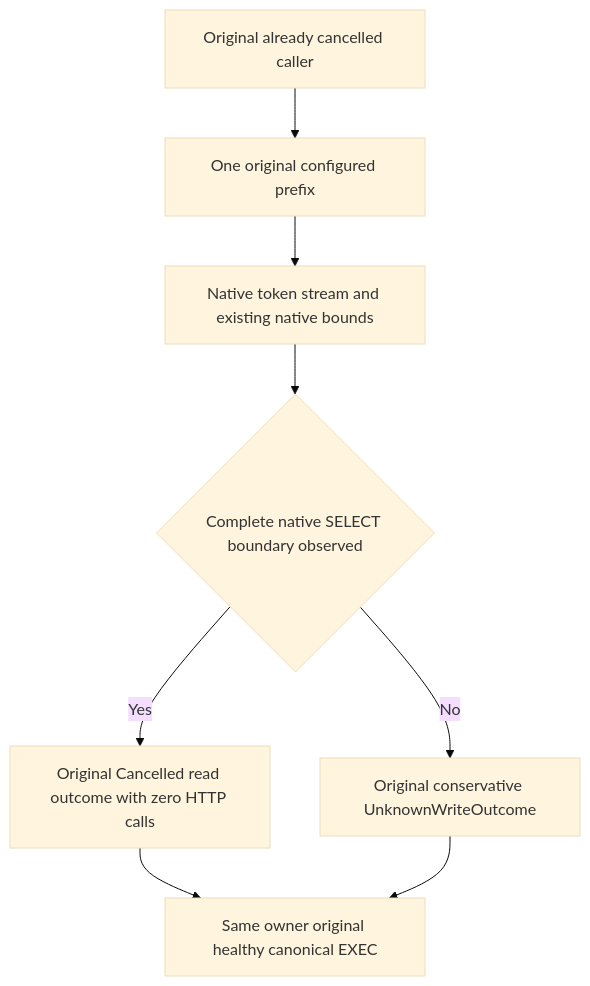
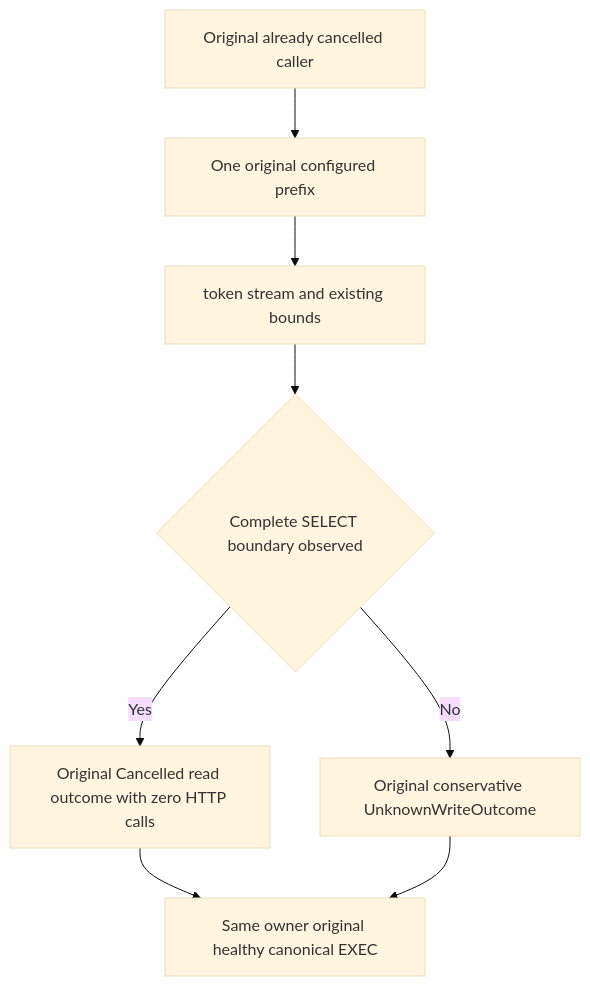
One commit to managedcode/KeyLoad changed the diagram in docs/Features/QueryExecution/PreCancelledSdkSqlInspection.md. Above: the diagram before and after it, drawn with Mermaid (base theme). The commit also changed other lines of this file and 9016 other files, not shown here.

````diff
--- a/docs/Features/QueryExecution/PreCancelledSdkSqlInspection.md
+++ b/docs/Features/QueryExecution/PreCancelledSdkSqlInspection.md
@@ -14,10 +14,10 @@
 ```mermaid
 flowchart TD
   Token[Original already cancelled caller] --> Prefix[One original configured prefix]
-  Prefix --> Native[Native token stream and existing native bounds]
-  Native --> Boundary{Complete native SELECT boundary observed}
+  Prefix --> Execution[token stream and existing bounds]
+  Execution --> Boundary{Complete SELECT boundary observed}
   Boundary -->|Yes| Read[Original Cancelled read outcome with zero HTTP calls]
   Boundary -->|No| Write[Original conservative UnknownWriteOutcome]
   Read --> Healthy[Same owner original healthy canonical EXEC]
   Write --> Healthy
 ```
````
